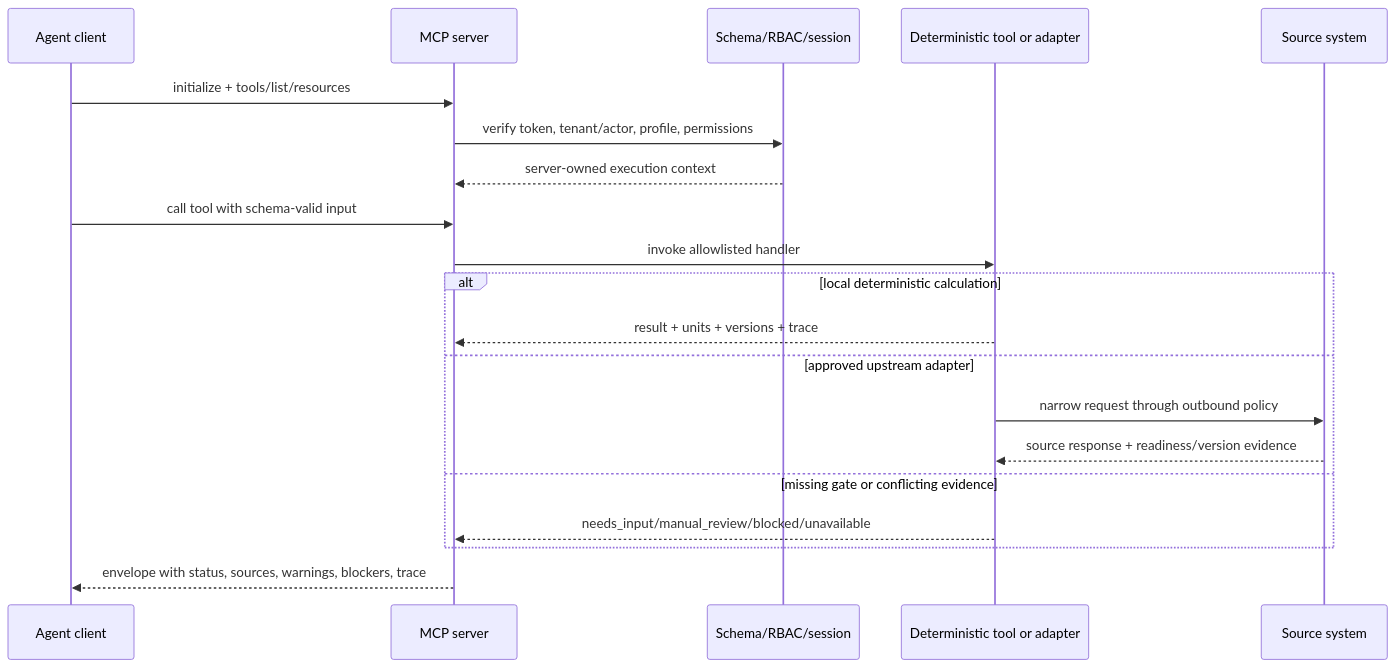
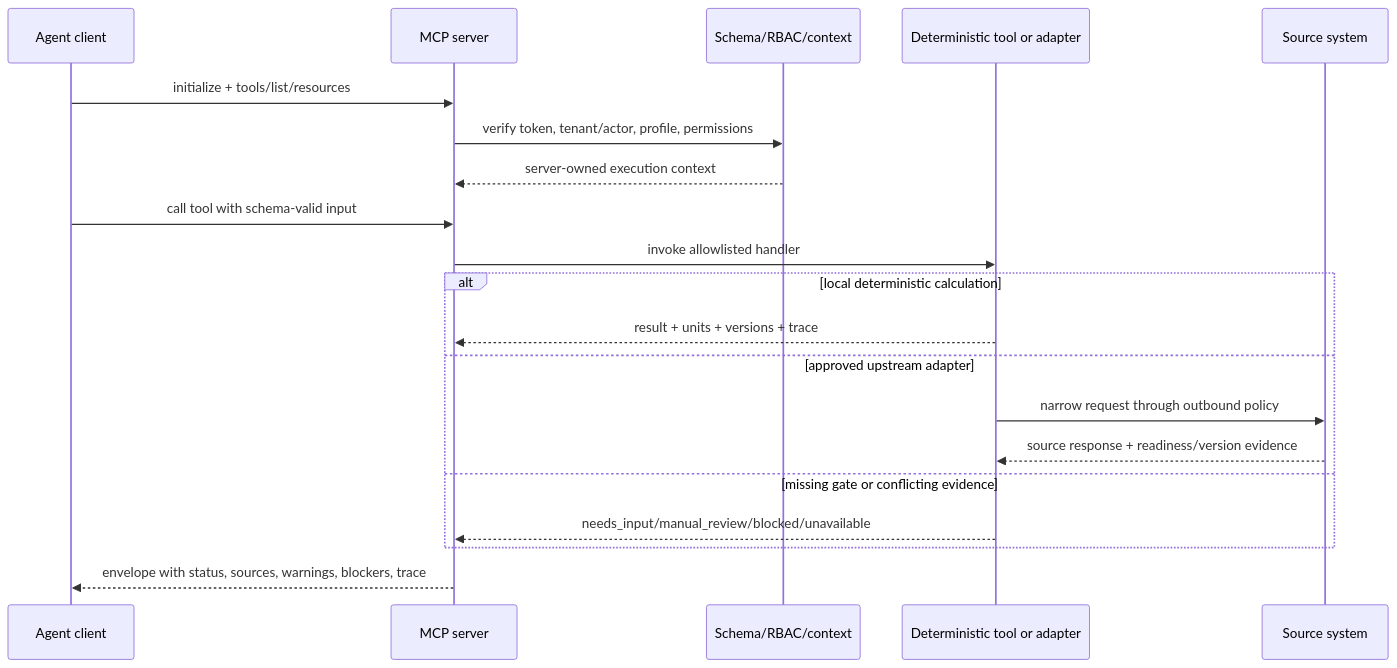
One commit to zqj372-ops/cross-border-logistics-mcp changed the second of 3 diagrams in README.md. Above: the diagram before and after it, drawn with Mermaid. The commit also changed other lines of this file and 31 other files, not shown here.

Commit message:
feat: add stateless-first mcp server architecture

```diff
--- a/README.md
+++ b/README.md
@@ -64,22 +64,22 @@
 ~~~mermaid
 sequenceDiagram
   participant A as Agent client
   participant M as MCP server
-  participant V as Schema/RBAC/session
+  participant V as Schema/RBAC/context
   participant D as Deterministic tool or adapter
   participant S as Source system
   A->>M: initialize + tools/list/resources
   M->>V: verify token, tenant/actor, profile, permissions
   V-->>M: server-owned execution context
   A->>M: call tool with schema-valid input
   M->>D: invoke allowlisted handler
   alt local deterministic calculation
     D-->>M: result + units + versions + trace
   else approved upstream adapter
     D->>S: narrow request through outbound policy
     S-->>D: source response + readiness/version evidence
   else missing gate or conflicting evidence
     D-->>M: needs_input/manual_review/blocked/unavailable
   end
   M-->>A: envelope with status, sources, warnings, blockers, trace
 ~~~
```
